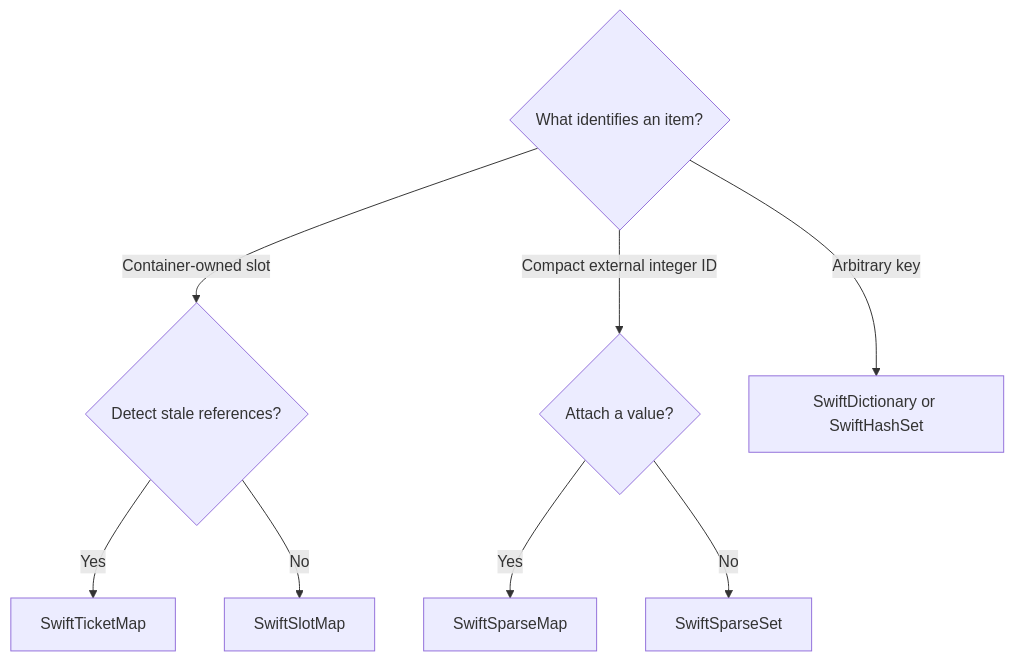
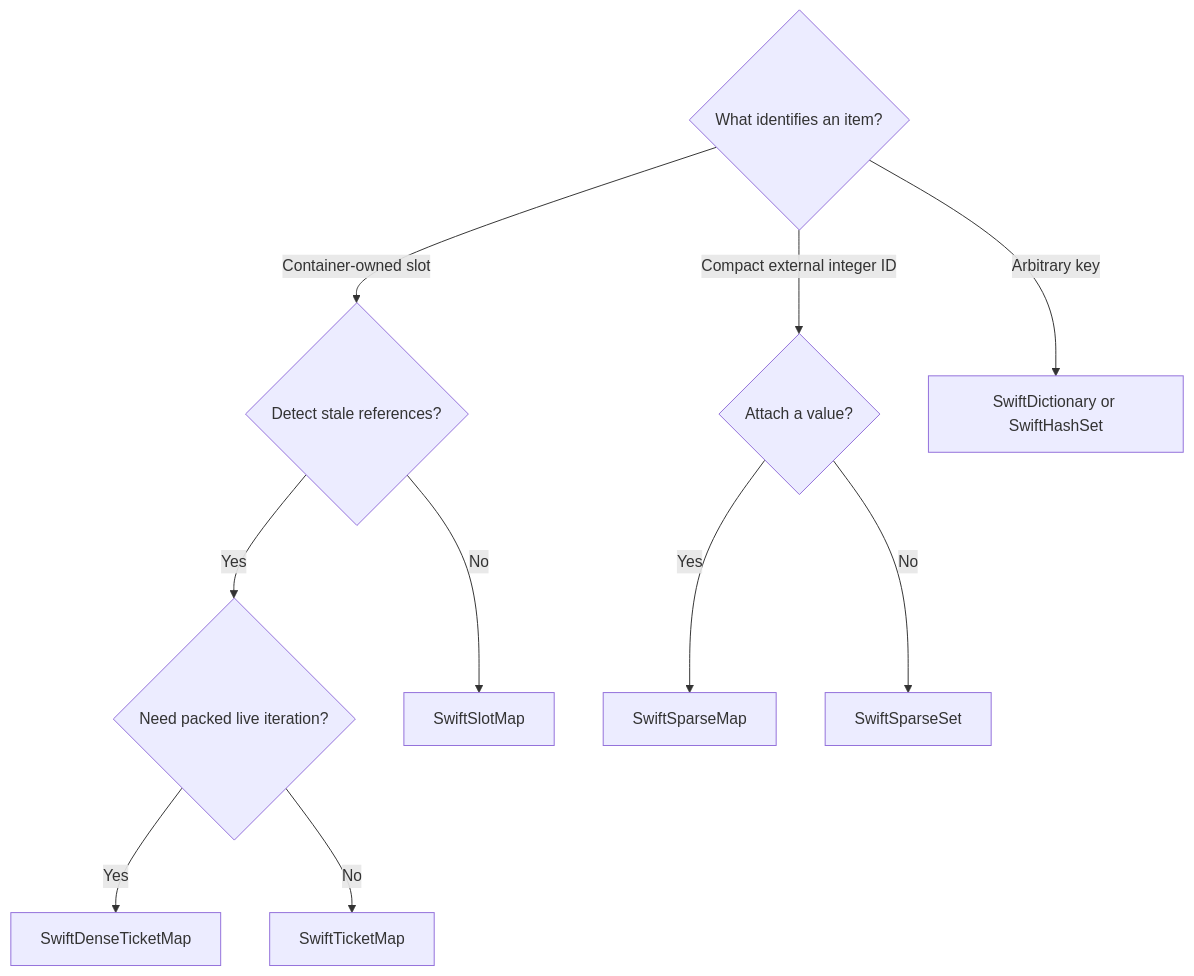
One commit to mrdav30/SwiftCollections changed the diagram in docs/api/guides/collections.md. Above: the diagram before and after it, drawn with Mermaid. The commit also changed other lines of this file and 12 other files, not shown here.

Commit message:
feat: add dense generational ticket map

````diff
--- a/docs/api/guides/collections.md
+++ b/docs/api/guides/collections.md
@@ -11,10 +11,12 @@
 ```mermaid
 flowchart TD
     Key{What identifies an item?} -->|Container-owned slot| Stale{Detect stale references?}
-    Stale -->|Yes| Generation[SwiftTicketMap]
+    Stale -->|Yes| Packing{Need packed live iteration?}
+    Packing -->|Yes| Dense[SwiftDenseTicketMap]
+    Packing -->|No| Generation[SwiftTicketMap]
     Stale -->|No| Slot[SwiftSlotMap]
     Key -->|Compact external integer ID| Payload{Attach a value?}
     Payload -->|Yes| Map[SwiftSparseMap]
     Payload -->|No| Set[SwiftSparseSet]
     Key -->|Arbitrary key| Hash[SwiftDictionary or SwiftHashSet]
 ```
````
